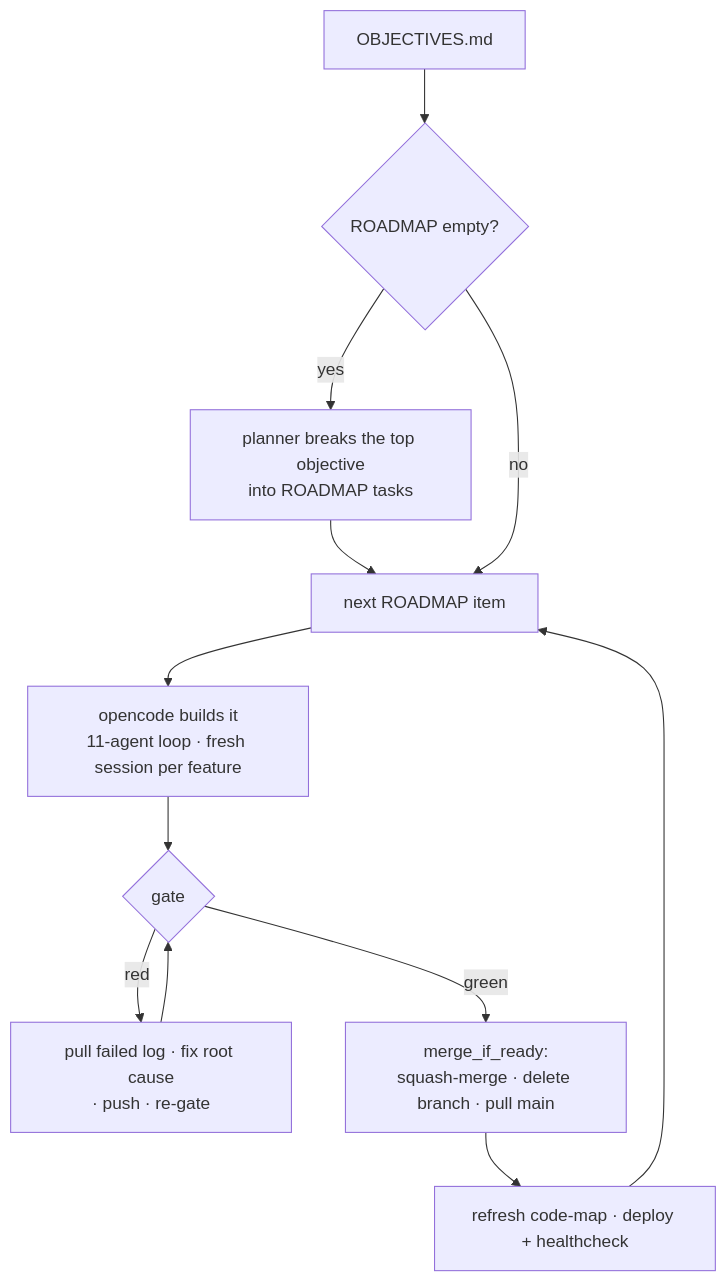
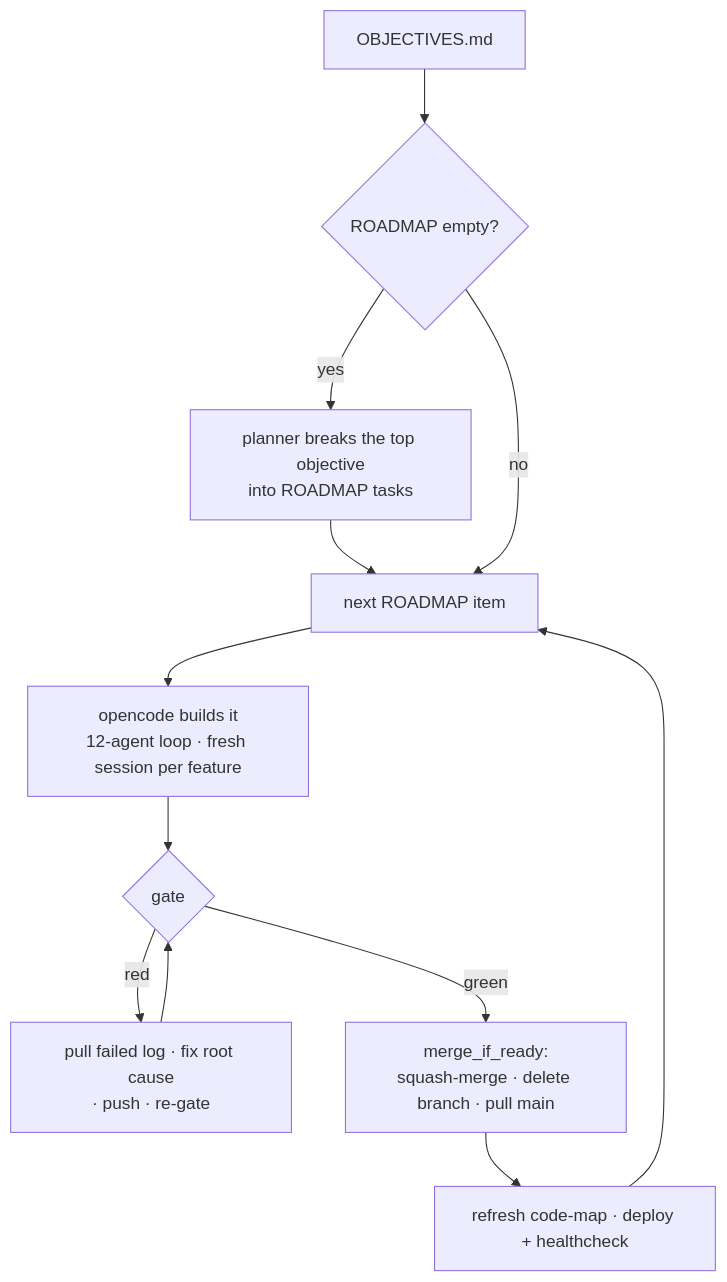
One commit to buagi/ace changed the diagram in docs/autorun.md. Above: the diagram before and after it, drawn with Mermaid. The commit also changed other lines of this file and 23 other files, not shown here.

````diff
--- a/docs/autorun.md
+++ b/docs/autorun.md
@@ -7,14 +7,14 @@
 ```mermaid
 flowchart TD
     O["OBJECTIVES.md"] --> E{"ROADMAP empty?"}
     E -->|"yes"| P["planner breaks the top objective<br/>into ROADMAP tasks"]
     P --> N["next ROADMAP item"]
     E -->|"no"| N
-    N --> B["opencode builds it<br/>11-agent loop · fresh session per feature"]
+    N --> B["opencode builds it<br/>12-agent loop · fresh session per feature"]
     B --> G{"gate"}
     G -->|"red"| F["pull failed log · fix root cause<br/>· push · re-gate"]
     F --> G
     G -->|"green"| M["merge_if_ready:<br/>squash-merge · delete branch · pull main"]
     M --> R["refresh code-map · deploy + healthcheck"]
     R --> N
 ```
````
